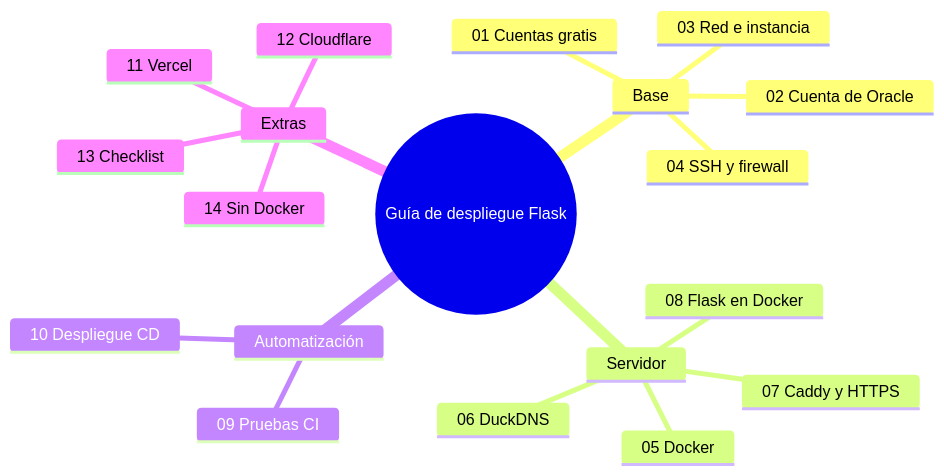
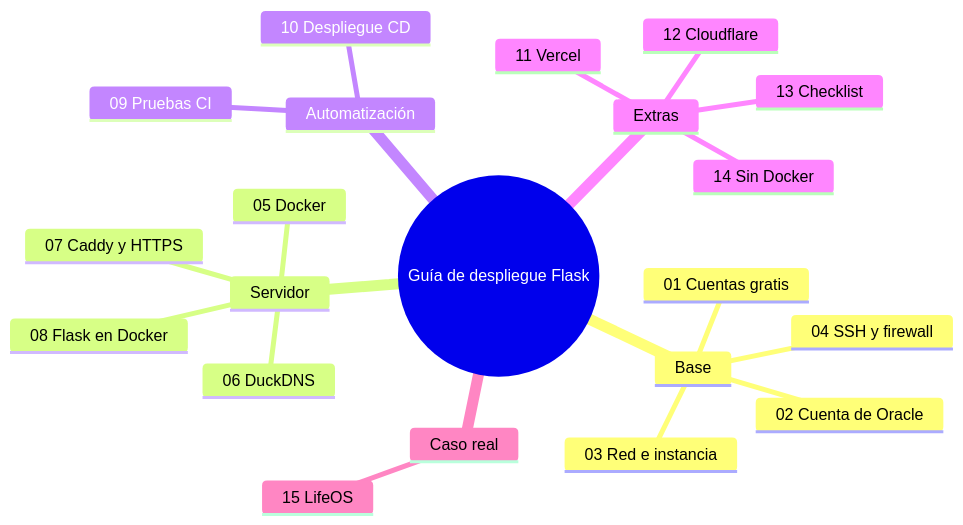
The diagram in docs/index.md (Ricy24/guia-despliegue-flask), drawn with Mermaid before and after one commit. The commit also changed other lines of this file and 6 other files, not shown here.

Commit message:
docs: capitulo 15 caso real LifeOS con diagramas y placeholders de imagen + correccion region sa-bogota-1 y shape VM.Standard3.Flex

````diff
--- a/docs/index.md
+++ b/docs/index.md
@@ -5,22 +5,24 @@
 ```mermaid
 mindmap
   root((Guía de despliegue Flask))
     Base
       01 Cuentas gratis
       02 Cuenta de Oracle
       03 Red e instancia
       04 SSH y firewall
     Servidor
       05 Docker
       06 DuckDNS
       07 Caddy y HTTPS
       08 Flask en Docker
     Automatización
       09 Pruebas CI
       10 Despliegue CD
     Extras
       11 Vercel
       12 Cloudflare
       13 Checklist
       14 Sin Docker
+    Caso real
+      15 LifeOS
 ```
````
